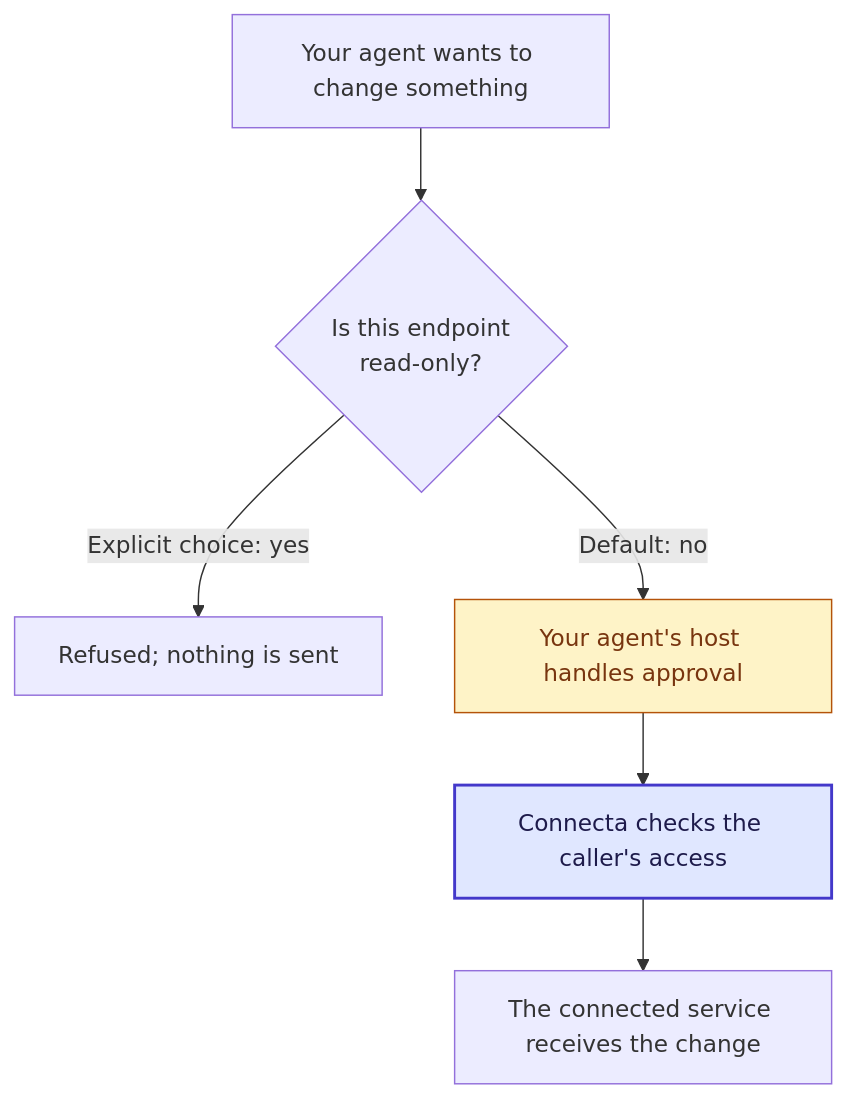
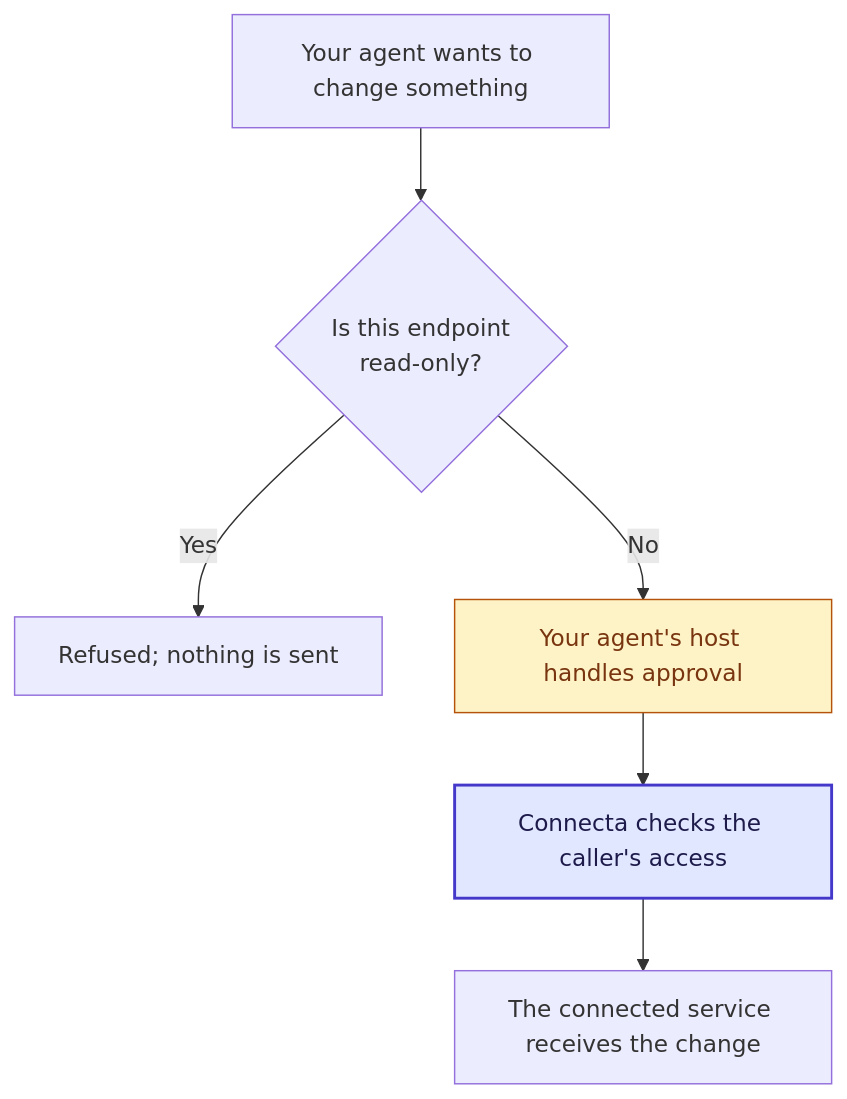
One commit to zackbart/connecta changed the sixth of 6 diagrams in README.md. Above: the diagram before and after it, drawn with Mermaid. The commit also changed other lines of this file and 39 other files, not shown here.

````diff
--- a/README.md
+++ b/README.md
@@ -100,11 +160,11 @@
 ```mermaid
 flowchart TB
     Change["Your agent wants to change something"] --> Choice{"Is this endpoint<br/>read-only?"}
-    Choice -->|"Explicit choice: yes"| Refused["Refused; nothing is sent"]
-    Choice -->|"Default: no"| Host["Your agent's host handles approval"]
+    Choice -->|"Yes"| Refused["Refused; nothing is sent"]
+    Choice -->|"No"| Host["Your agent's host handles approval"]
     Host --> Access["Connecta checks the caller's access"]
     Access --> Services["The connected service receives the change"]
 
     style Host fill:#fef3c7,stroke:#b45309,color:#78350f
     style Access fill:#e0e7ff,stroke:#4338ca,color:#1e1b4b,stroke-width:2px
 ```
````
